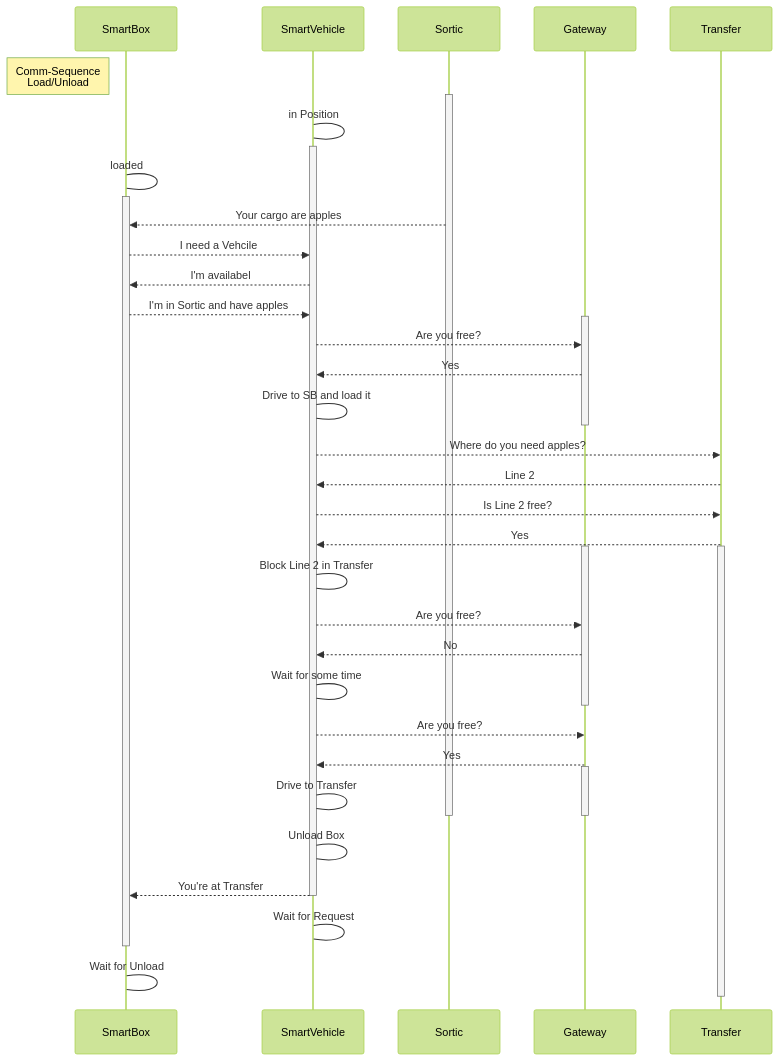
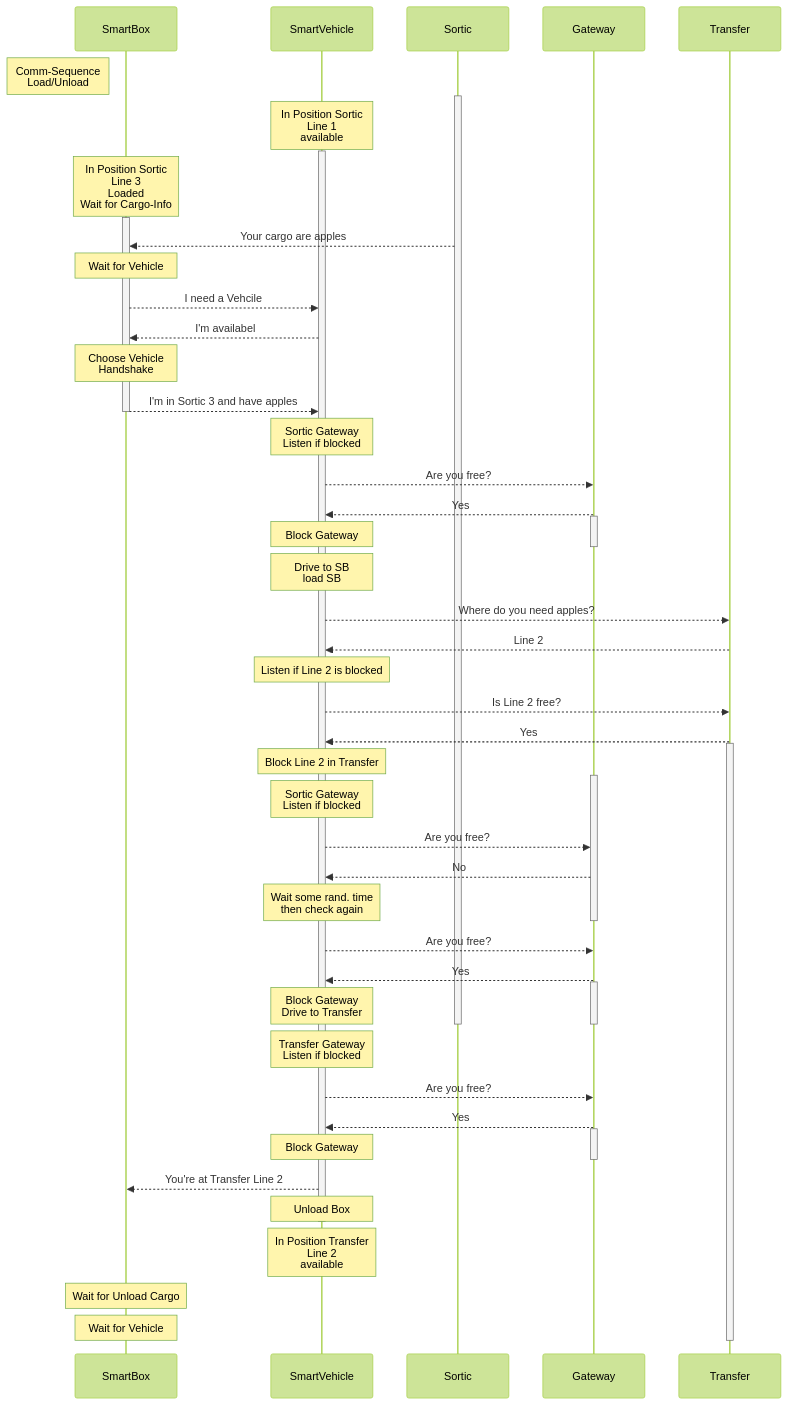
Before and after one commit to HSRLCLab/SmartFactory-Sortic: the sixth of 6 diagrams in mermaid/Communication.md, drawn with Mermaid (forest theme). The commit also changed other lines of this file and 3 other files, not shown here.

Commit message:
updated readme an some sequence diagrams

````diff
--- a/mermaid/Communication.md
+++ b/mermaid/Communication.md
@@ -202,52 +206,71 @@
 ``` mermaid
-	sequenceDiagram
+sequenceDiagram
 participant SB as SmartBox
-    participant SV as SmartVehicle
-    participant Sortic
-    participant Gateway
+participant SV as SmartVehicle
+participant Sortic
+participant Gateway
 participant Transfer
     
 
-    Note left of SB : Comm-Sequence <br/> Load/Unload
+Note left of SB : Comm-Sequence <br/> Load/Unload
 activate Sortic
-SV -> SV: in Position
+Note over SV : In Position Sortic <br/>  Line 1 <br/>  available
+
 activate SV
-SB -> SB: loaded
+Note over SB :  In Position Sortic <br/>  Line 3 <br/> Loaded <br/>  Wait for Cargo-Info
 activate SB
 Sortic -->> SB: Your cargo are apples
+Note over SB : Wait for Vehicle
 SB -->> SV: I need a Vehcile
 SV -->> SB: I'm availabel
-SB -->> SV: I'm in Sortic and have apples
-activate Gateway
+Note over SB : Choose Vehicle<br/>Handshake
+SB -->> SV: I'm in Sortic 3 and have apples
+deactivate SB 
+
+Note over SV :  Sortic Gateway<br/> Listen if blocked
 SV -->> Gateway: Are you free?
 Gateway -->> SV: Yes
-SV -> SV: Drive to SB and load it
+activate Gateway
+Note over SV :  Block Gateway
 deactivate Gateway
+
+Note over SV :  Drive to SB <br/> load SB
 SV -->> Transfer: Where do you need apples?
 Transfer -->> SV: Line 2
+Note over SV : Listen if Line 2 is blocked
  SV -->> Transfer: Is Line 2 free?
 Transfer -->> SV: Yes
 activate Transfer
+
+Note over SV : Block Line 2 in Transfer
 activate Gateway
-SV -> SV: Block Line 2 in Transfer
+Note over SV : Sortic Gateway<br/> Listen if blocked
 SV -->> Gateway: Are you free?
 Gateway -->> SV: No
-SV -> SV: Wait for some time
+Note over SV :  Wait some rand. time <br/> then check again
 deactivate Gateway
 SV -->> Gateway: Are you free?
 Gateway -->> SV: Yes
 activate Gateway
-SV -> SV: Drive to Transfer
+Note over SV :   Block Gateway <br/> Drive to Transfer
+deactivate Gateway
 deactivate Sortic
+
+Note over SV :  Transfer Gateway<br/> Listen if blocked
+SV -->> Gateway: Are you free?
+Gateway -->> SV: Yes
+activate Gateway
+Note over SV :  Block Gateway
 deactivate Gateway
-SV -> SV: Unload Box
-SV -->> SB: You're at Transfer
+
+SV -->> SB: You're at Transfer Line 2
+Note over SV :  Unload Box
 deactivate SV
-SV -> SV: Wait for Request
-deactivate SB
+Note over SV :  In Position Transfer<br/>  Line 2 <br/> available
 
-SB -> SB: Wait for Unload
+Note over SB :  Wait for Unload Cargo
+Note over SB : Wait for Vehicle
  deactivate Transfer
 
 
 ```
````
